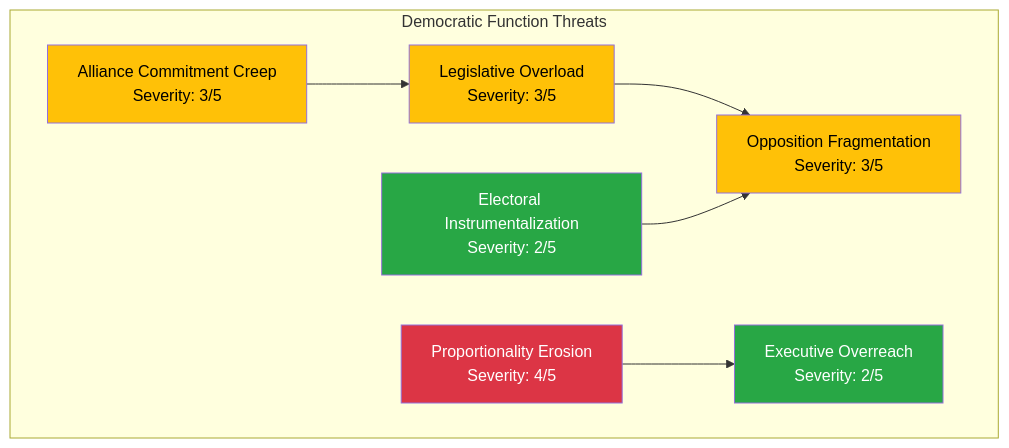
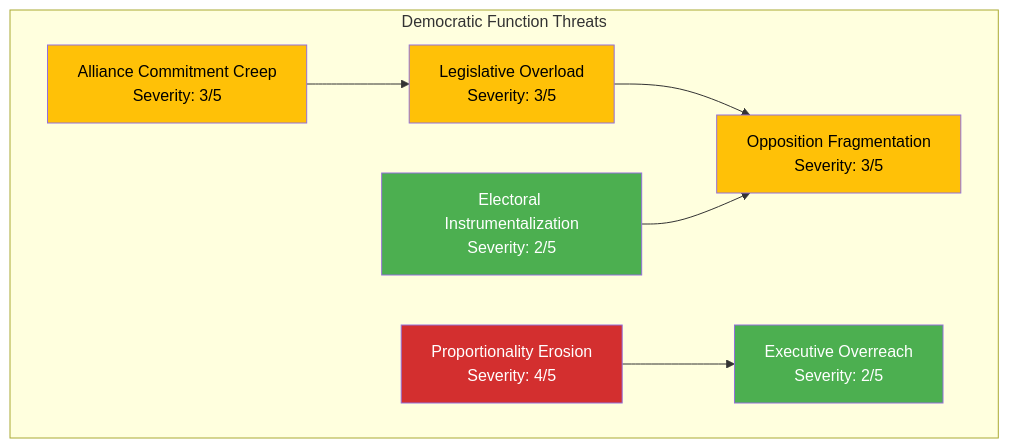
One commit to Hack23/riksdagsmonitor changed the diagram in analysis/daily/2026-04-09/evening-analysis/threat-analysis.md. Above: the diagram before and after it, drawn with Mermaid. The commit also changed 785 other files, not shown here.

First line of the commit message:
Normalize mermaid colors across 786 analysis artifacts to ISMS Style Guide palette

````diff
--- a/analysis/daily/2026-04-09/evening-analysis/threat-analysis.md
+++ b/analysis/daily/2026-04-09/evening-analysis/threat-analysis.md
@@ -10,21 +10,21 @@
 ```mermaid
 graph TD
     subgraph "Democratic Function Threats"
         T1["Legislative Overload<br/>Severity: 3/5"]
         T2["Proportionality Erosion<br/>Severity: 4/5"]
         T3["Executive Overreach<br/>Severity: 2/5"]
         T4["Alliance Commitment Creep<br/>Severity: 3/5"]
         T5["Opposition Fragmentation<br/>Severity: 3/5"]
         T6["Electoral Instrumentalization<br/>Severity: 2/5"]
     end
     T1 --> T5
     T2 --> T3
     T4 --> T1
     T6 --> T5
-    style T1 fill:#ffc107,color:#000
-    style T2 fill:#dc3545,color:#fff
-    style T3 fill:#28a745,color:#fff
-    style T4 fill:#ffc107,color:#000
-    style T5 fill:#ffc107,color:#000
-    style T6 fill:#28a745,color:#fff
+    style T1 fill:#FFC107,color:#000000
+    style T2 fill:#D32F2F,color:#FFFFFF
+    style T3 fill:#4CAF50,color:#FFFFFF
+    style T4 fill:#FFC107,color:#000000
+    style T5 fill:#FFC107,color:#000000
+    style T6 fill:#4CAF50,color:#FFFFFF
 ```
````
